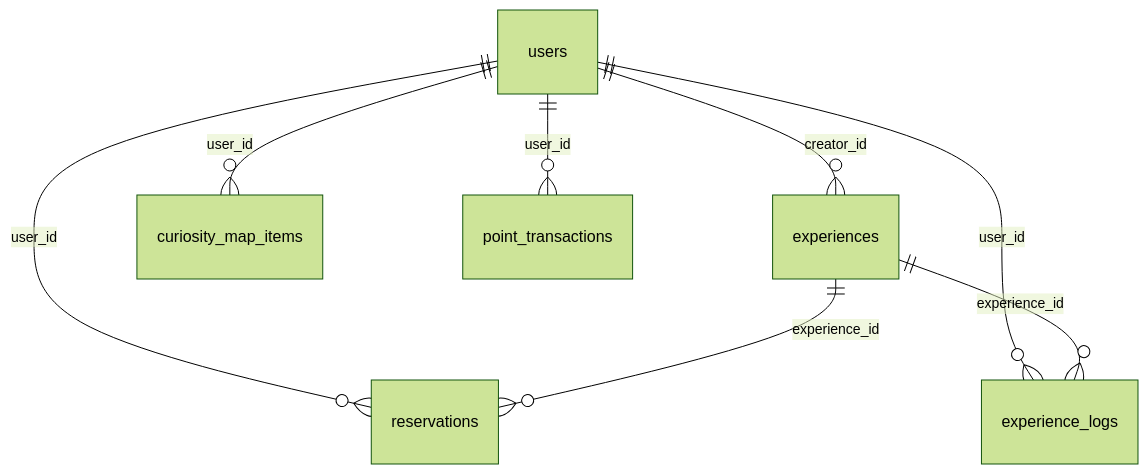
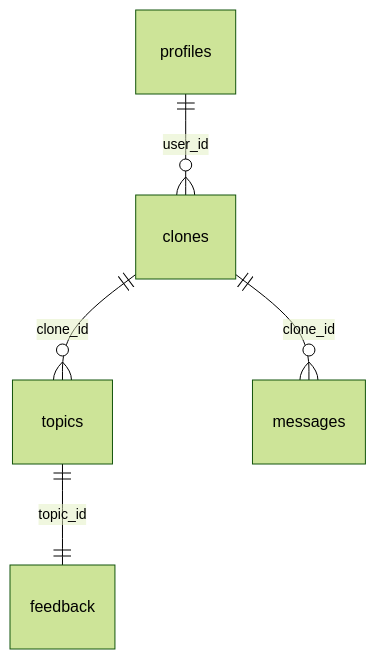
The diagram in backend/supabase/schema/README.md (k-kanke/houchi-me), drawn with Mermaid (forest theme) before and after one commit. The commit also changed other lines of this file and 107 other files, not shown here.

````diff
--- a/backend/supabase/schema/README.md
+++ b/backend/supabase/schema/README.md
@@ -16,11 +18,8 @@
 ```mermaid
 erDiagram
 
-users ||--o{ experiences : "creator_id"
-users ||--o{ reservations : "user_id"
-users ||--o{ experience_logs : "user_id"
-users ||--o{ curiosity_map_items : "user_id"
-users ||--o{ point_transactions : "user_id"
-experiences ||--o{ reservations : "experience_id"
-experiences ||--o{ experience_logs : "experience_id"
+profiles ||--o{ clones    : "user_id"
+clones   ||--o{ topics    : "clone_id"
+clones   ||--o{ messages  : "clone_id"
+topics   ||--|| feedback  : "topic_id"
 ```
````
